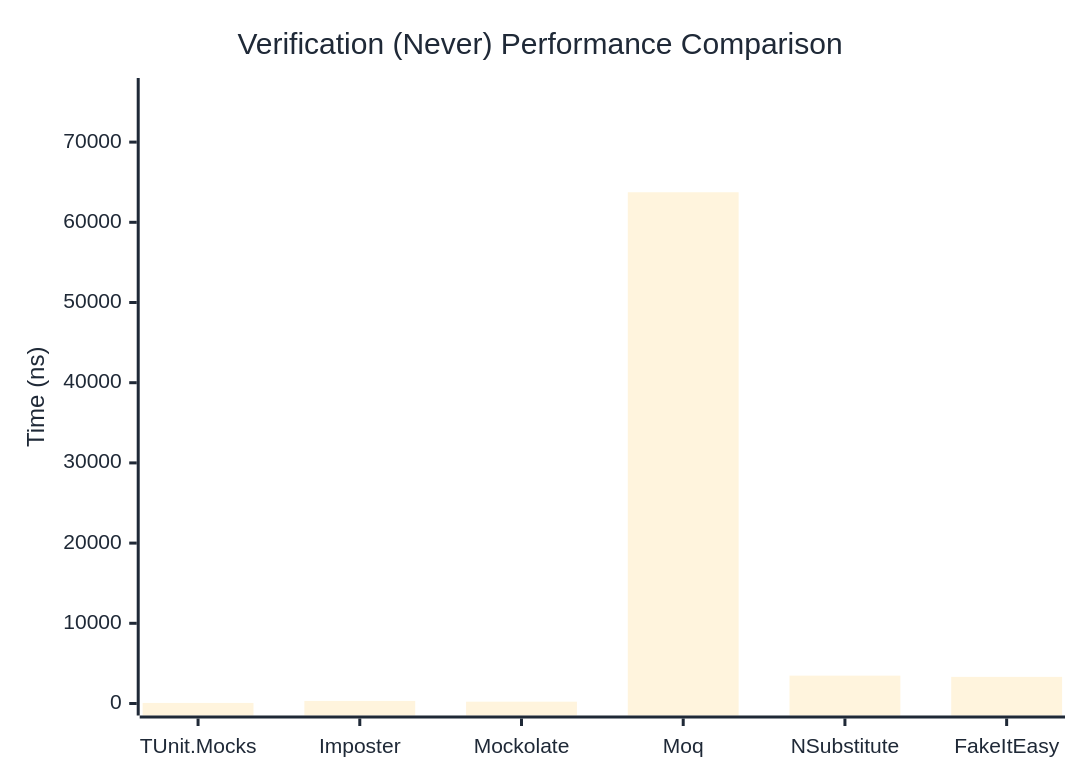
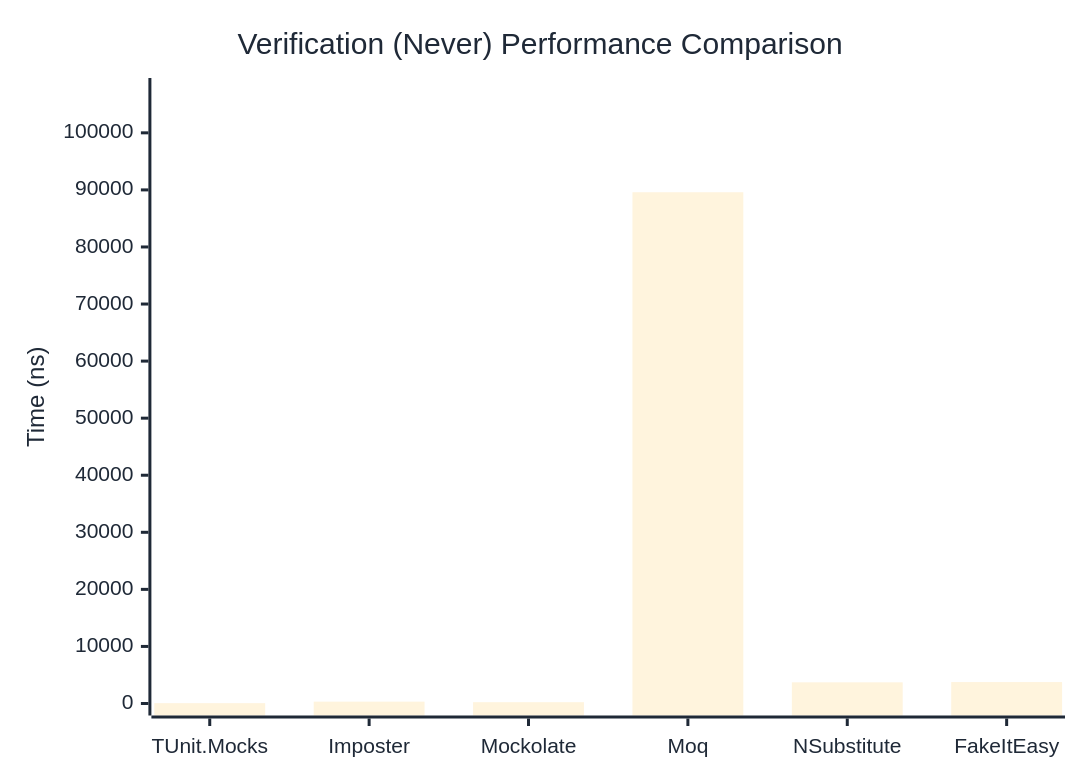
The second of 3 diagrams in docs/docs/benchmarks/mocks/Verification.md (thomhurst/TUnit), drawn with Mermaid before and after one commit. The commit also changed other lines of this file and 14 other files, not shown here.

````diff
--- a/docs/docs/benchmarks/mocks/Verification.md
+++ b/docs/docs/benchmarks/mocks/Verification.md
@@ -69,27 +69,27 @@
 ```mermaid
 %%{init: {
   'theme':'base',
   'themeVariables': {
     'primaryColor': '#2563eb',
     'primaryTextColor': '#1f2937',
     'primaryBorderColor': '#1e40af',
     'lineColor': '#6b7280',
     'secondaryColor': '#7c3aed',
     'tertiaryColor': '#dc2626',
     'background': '#ffffff',
     'pie1': '#2563eb',
     'pie2': '#7c3aed',
     'pie3': '#dc2626',
     'pie4': '#f59e0b',
     'pie5': '#10b981',
     'pie6': '#06b6d4',
     'pie7': '#ec4899',
     'pie8': '#6366f1'
   }
 }}%%
 xychart-beta
   title "Verification (Never) Performance Comparison"
   x-axis ["TUnit.Mocks", "Imposter", "Mockolate", "Moq", "NSubstitute", "FakeItEasy"]
-  y-axis "Time (ns)" 0 --> 76497
-  bar [69.18, 319.87, 226.22, 63747.23, 3472.87, 3320.76]
+  y-axis "Time (ns)" 0 --> 107506
+  bar [60.99, 323.88, 231.11, 89588.18, 3711, 3756.65]
 ```
````
